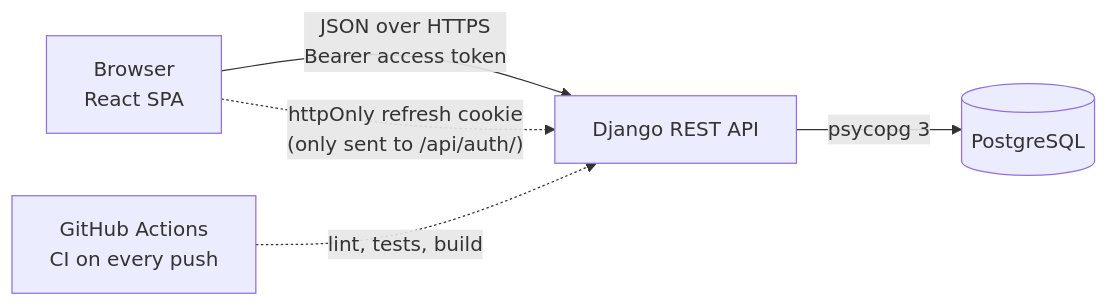
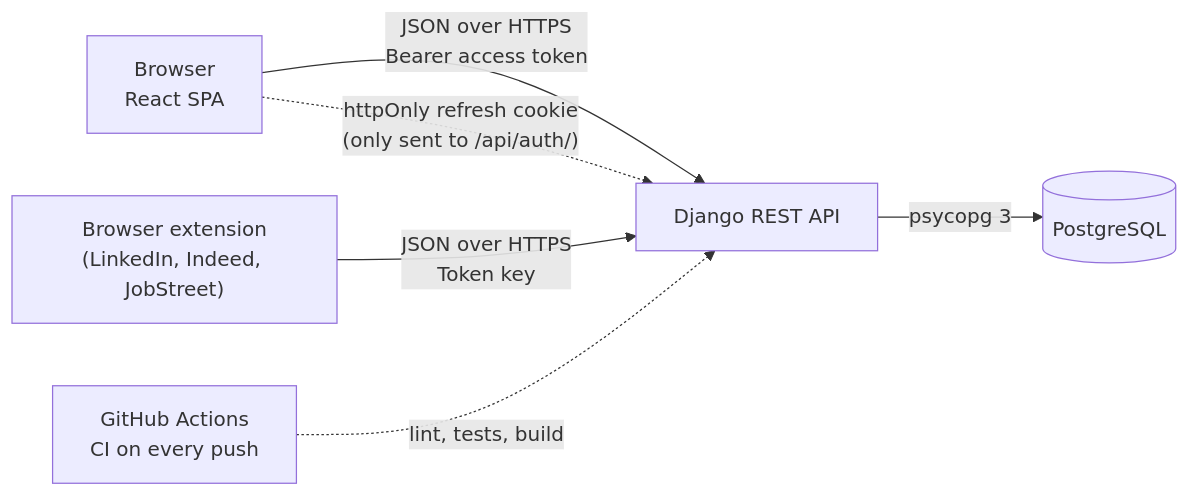
The first of 2 diagrams in README.md (Ervzs/CareerPipeline), drawn with Mermaid before and after one commit. The commit also changed other lines of this file, not shown here.

Commit message:
docs: added extension details in readme

````diff
--- a/README.md
+++ b/README.md
@@ -58,12 +50,14 @@
 ```mermaid
 flowchart LR
     Browser["Browser<br/>React SPA"]
+    Ext["Browser extension<br/>(LinkedIn, Indeed, JobStreet)"]
     API["Django REST API"]
     DB[("PostgreSQL")]
     GHA["GitHub Actions<br/>CI on every push"]
 
     Browser -- "JSON over HTTPS<br/>Bearer access token" --> API
     Browser -. "httpOnly refresh cookie<br/>(only sent to /api/auth/)" .-> API
+    Ext -- "JSON over HTTPS<br/>Token key" --> API
     API -- "psycopg 3" --> DB
     GHA -. "lint, tests, build" .-> API
 ```
````
